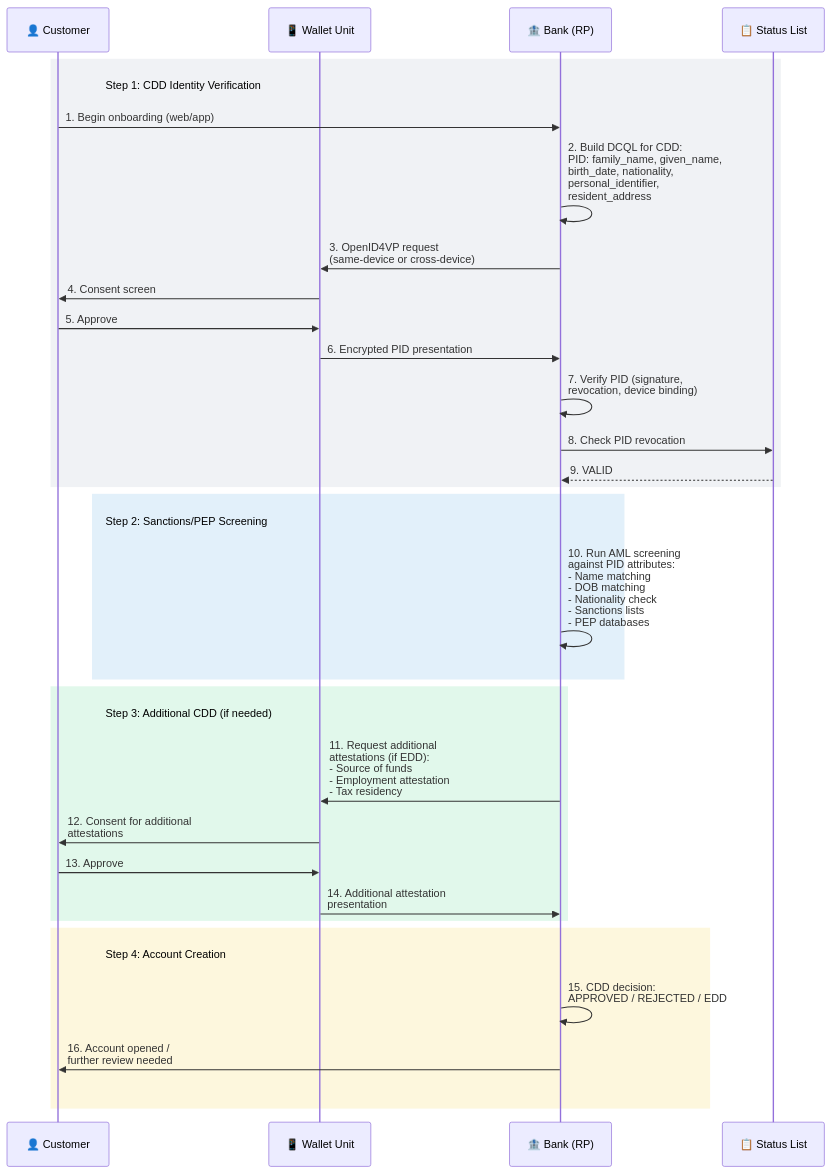
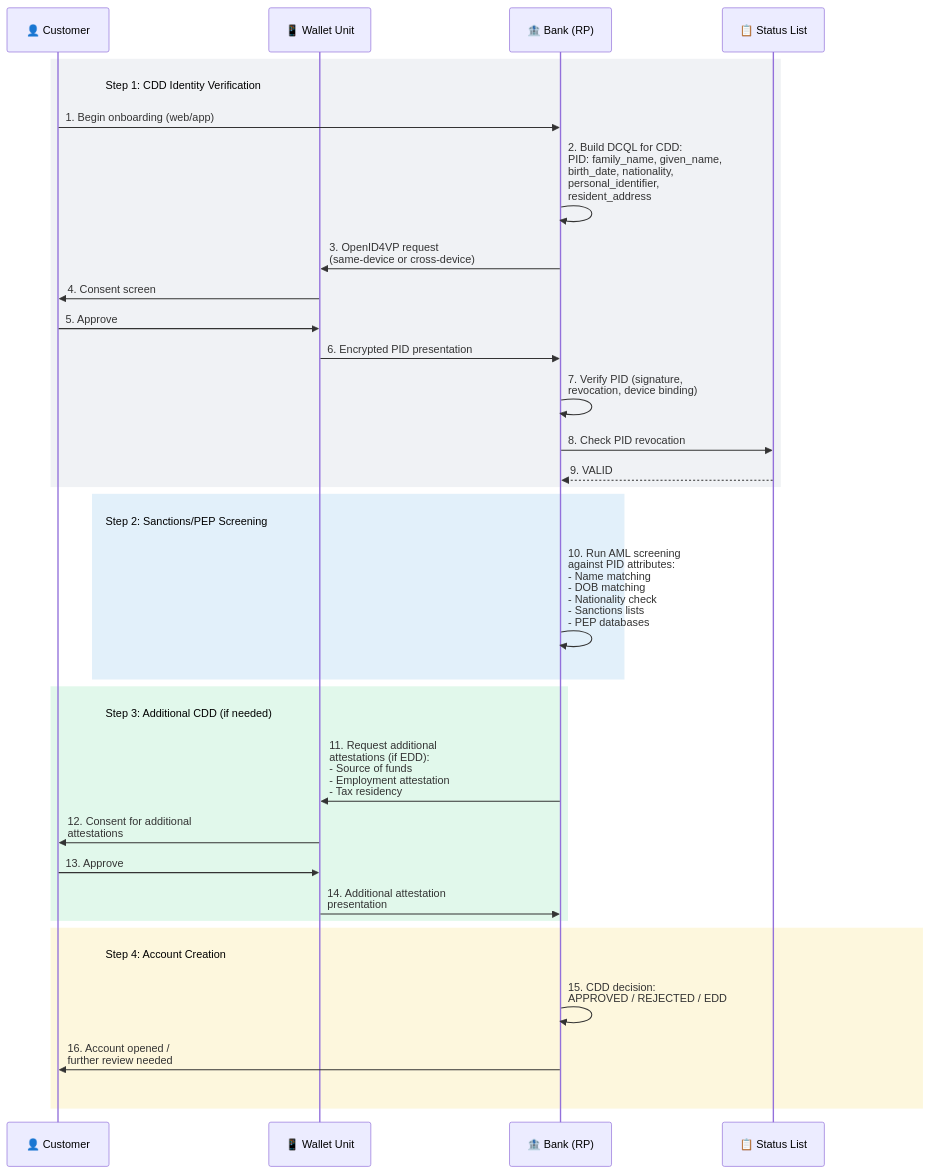
Diagram 25 of 27 in papers/DR-0002/DR-0002-eudi-wallet-relying-party-integration.md (ivanstambuk/deep-research), drawn with Mermaid before and after one commit. The commit also changed other lines of this file and 2 other files, not shown here.

Commit message:
docs: fix rightmost actor in sequence diagrams and add guardrail

````diff
--- a/papers/DR-0002/DR-0002-eudi-wallet-relying-party-integration.md
+++ b/papers/DR-0002/DR-0002-eudi-wallet-relying-party-integration.md
@@ -4948,50 +4948,50 @@
 ```mermaid
 ---
 config:
   themeVariables:
     noteBkgColor: "transparent"
     noteBorderColor: "transparent"
   sequence:
     messageAlign: left
     noteAlign: left
     actorMargin: 120
 ---
 sequenceDiagram
     participant User as 👤 Customer
     participant WU as 📱 Wallet Unit
     participant Bank as 🏦 Bank (RP)
     participant SL as 📋 Status List
 
     rect rgba(148, 163, 184, 0.14)
     Note right of User: Step 1: CDD Identity Verification
     User->>Bank: 1. Begin onboarding (web/app)
     Bank->>Bank: 2. Build DCQL for CDD:<br/>PID: family_name, given_name,<br/>birth_date, nationality,<br/>personal_identifier,<br/>resident_address
     Bank->>WU: 3. OpenID4VP request<br/>(same-device or cross-device)
     WU->>User: 4. Consent screen
     User->>WU: 5. Approve
     WU->>Bank: 6. Encrypted PID presentation
     Bank->>Bank: 7. Verify PID (signature,<br/>revocation, device binding)
     Bank->>SL: 8. Check PID revocation
     SL-->>Bank: 9. VALID
     end
 
     rect rgba(52, 152, 219, 0.14)
     Note right of User: Step 2: Sanctions/PEP Screening
     Bank->>Bank: 10. Run AML screening<br/>against PID attributes:<br/>- Name matching<br/>- DOB matching<br/>- Nationality check<br/>- Sanctions lists<br/>- PEP databases
     end
 
     rect rgba(46, 204, 113, 0.14)
     Note right of User: Step 3: Additional CDD (if needed)
     Bank->>WU: 11. Request additional<br/>attestations (if EDD):<br/>- Source of funds<br/>- Employment attestation<br/>- Tax residency
     WU->>User: 12. Consent for additional<br/>attestations
     User->>WU: 13. Approve
     WU->>Bank: 14. Additional attestation<br/>presentation
     end
 
     rect rgba(241, 196, 15, 0.14)
     Note right of User: Step 4: Account Creation
     Bank->>Bank: 15. CDD decision:<br/>APPROVED / REJECTED / EDD
     Bank->>User: 16. Account opened /<br/>further review needed
-    Note right of Bank: ⠀
+    Note right of SL: ⠀
     end
 ```
````
